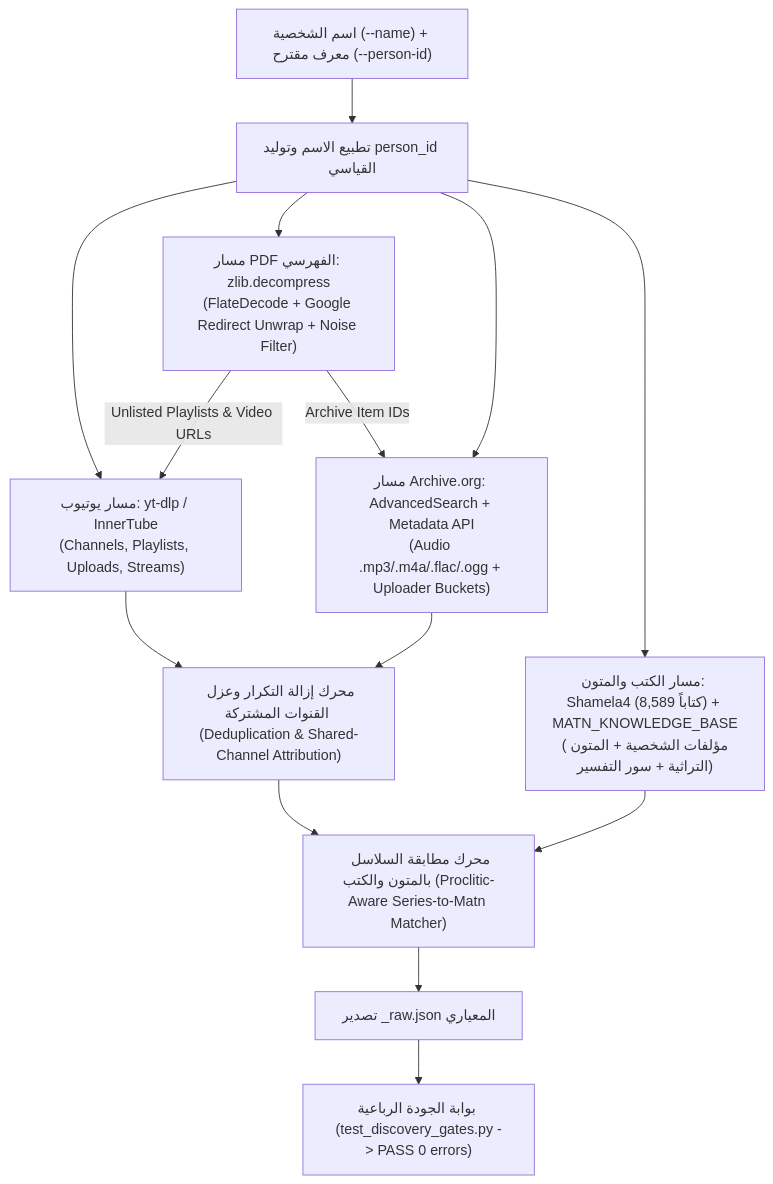
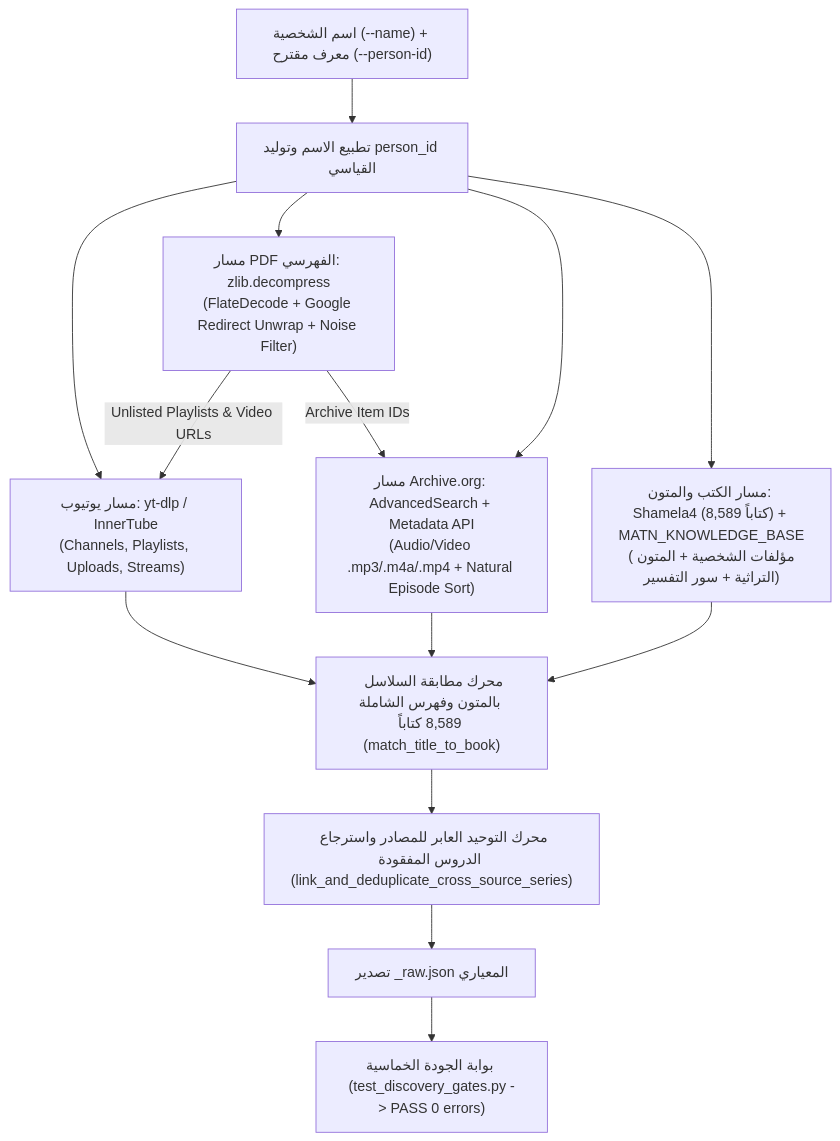
The diagram in person-discovery-intake/SKILL.md (medmrf-10/SKILLS), drawn with Mermaid before and after one commit. The commit also changed other lines of this file and 4 other files, not shown here.

Commit message:
Cycle 9: Upgrade person-discovery-intake with Shamela 8589-book series matcher, Archive.org episode sorting & cross-source linking

````diff
--- a/person-discovery-intake/SKILL.md
+++ b/person-discovery-intake/SKILL.md
@@ -44,16 +47,16 @@
 ```mermaid
 flowchart TD
     A["اسم الشخصية (--name) + معرف مقترح (--person-id)"] --> B["تطبيع الاسم وتوليد person_id القياسي"]
     B --> C1["مسار يوتيوب: yt-dlp / InnerTube\n(Channels, Playlists, Uploads, Streams)"]
     B --> C2["مسار PDF الفهرسي: zlib.decompress\n(FlateDecode + Google Redirect Unwrap + Noise Filter)"]
-    B --> C3["مسار Archive.org: AdvancedSearch + Metadata API\n(Audio .mp3/.m4a/.flac/.ogg + Uploader Buckets)"]
+    B --> C3["مسار Archive.org: AdvancedSearch + Metadata API\n(Audio/Video .mp3/.m4a/.mp4 + Natural Episode Sort)"]
     B --> C4["مسار الكتب والمتون: Shamela4 (8,589 كتاباً) + MATN_KNOWLEDGE_BASE\n(مؤلفات الشخصية + المتون التراثية + سور التفسير)"]
     C2 -->|"Unlisted Playlists & Video URLs"| C1
     C2 -->|"Archive Item IDs"| C3
-    C1 --> D["محرك إزالة التكرار وعزل القنوات المشتركة (Deduplication & Shared-Channel Attribution)"]
+    C1 --> D["محرك مطابقة السلاسل بالمتون وفهرس الشاملة 8,589 كتاباً (match_title_to_book)"]
     C3 --> D
-    C4 --> E["محرك مطابقة السلاسل بالمتون والكتب (Proclitic-Aware Series-to-Matn Matcher)"]
-    D --> E
+    C4 --> D
+    D --> E["محرك التوحيد العابر للمصادر واسترجاع الدروس المفقودة (link_and_deduplicate_cross_source_series)"]
     E --> F["تصدير <person_id>_raw.json المعياري"]
-    F --> G["بوابة الجودة الرباعية (test_discovery_gates.py -> PASS 0 errors)"]
+    F --> G["بوابة الجودة الخماسية (test_discovery_gates.py -> PASS 0 errors)"]
 ```
````
